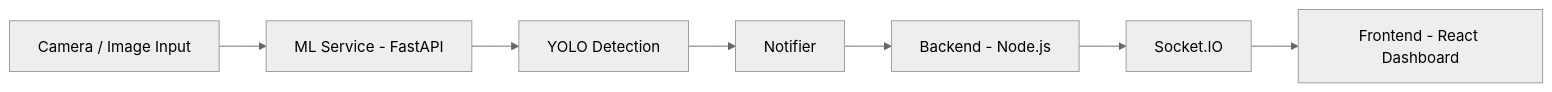
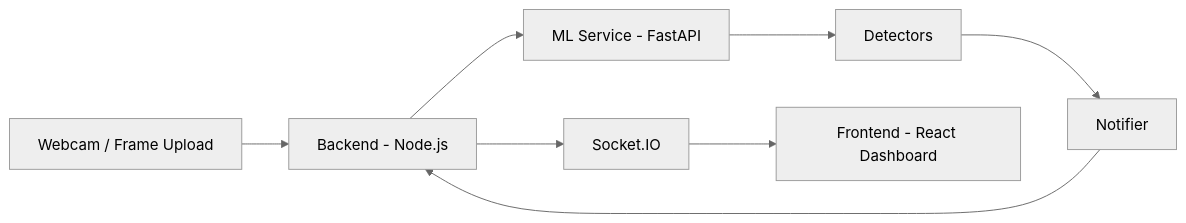
One commit to Rosalin-nayak/gdg_hackathon changed the diagram in README.md. Above: the diagram before and after it, drawn with Mermaid (neutral theme). The commit also changed other lines of this file and 7 other files, not shown here.

````diff
--- a/README.md
+++ b/README.md
@@ -25,9 +24,10 @@
 ```mermaid
 flowchart LR
-    A[Camera / Image Input] --> B[ML Service - FastAPI]
-    B --> C[YOLO Detection]
-    C --> D[Notifier]
-    D --> E[Backend - Node.js]
-    E --> F[Socket.IO]
+    A[Webcam / Frame Upload] --> B[Backend - Node.js]
+    B --> C[ML Service - FastAPI]
+    C --> D[Detectors]
+    D --> E[Notifier]
+    E --> B
+    B --> F[Socket.IO]
     F --> G[Frontend - React Dashboard]
 ```
````
